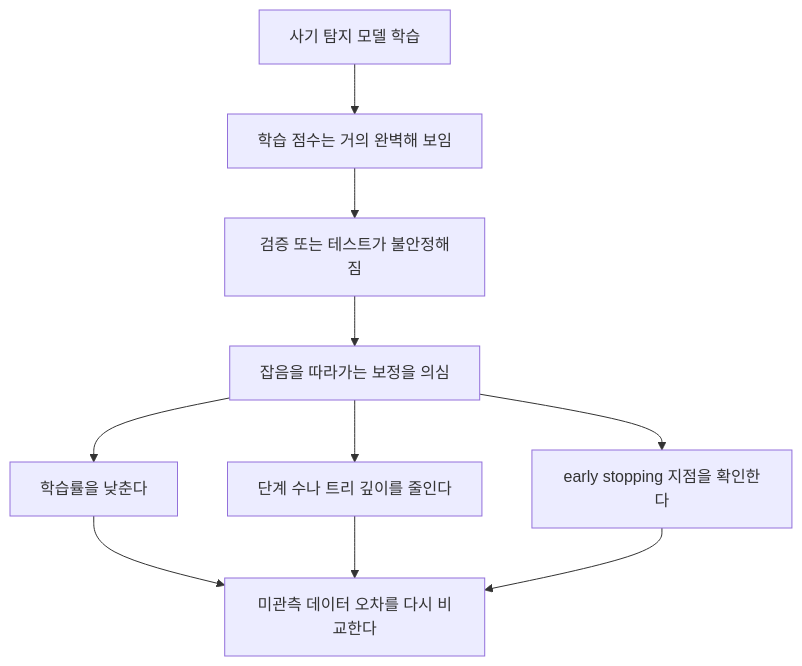
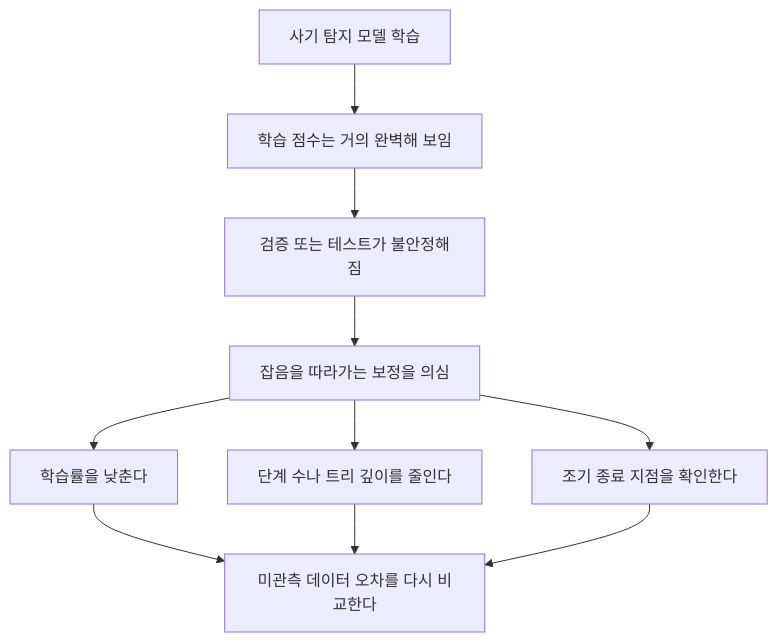
One commit to devchan64/AiBook changed the diagram in docs/assets/part-04/chapter-16/p4-16-2-mermaid-02-ko.mmd. Above: the diagram before and after it, drawn with Mermaid. The commit also changed 8 other files, not shown here.

Commit message:
Finish Part 4 Korean diagram localization

```diff
--- a/docs/assets/part-04/chapter-16/p4-16-2-mermaid-02-ko.mmd
+++ b/docs/assets/part-04/chapter-16/p4-16-2-mermaid-02-ko.mmd
@@ -1,17 +1,17 @@
 flowchart TD
   A["사기 탐지 모델 학습"]
   B["학습 점수는 거의 완벽해 보임"]
   C["검증 또는 테스트가 불안정해짐"]
   D["잡음을 따라가는 보정을 의심"]
   E["학습률을 낮춘다"]
   F["단계 수나 트리 깊이를 줄인다"]
-  G["early stopping 지점을 확인한다"]
+  G["조기 종료 지점을 확인한다"]
   H["미관측 데이터 오차를 다시 비교한다"]
 
   A --> B --> C --> D
   D --> E
   D --> F
   D --> G
   E --> H
   F --> H
   G --> H
```
